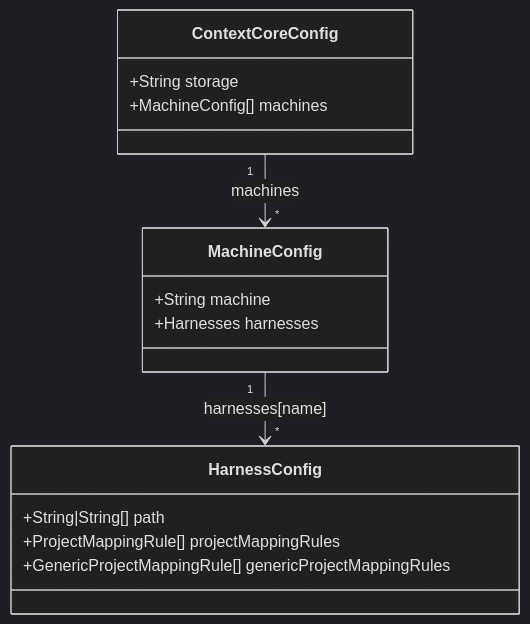
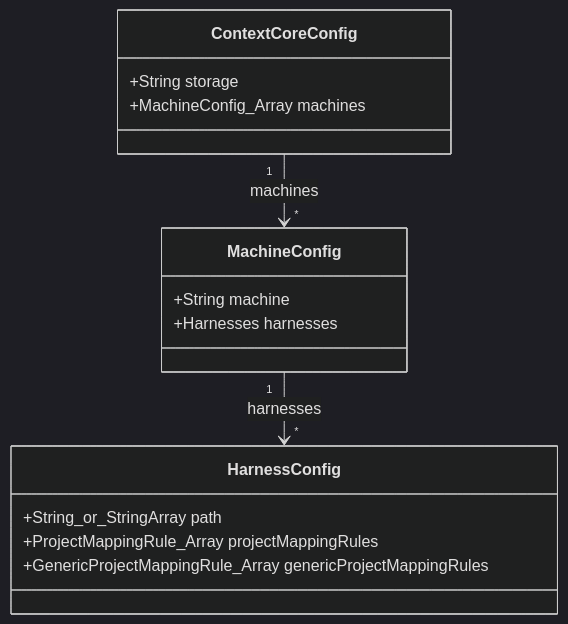
One commit to Kyliathy/context-core changed diagram 11 of 17 in server/zz-reach2/architecture/archi-context-core-level0.md. Above: the diagram before and after it, drawn with Mermaid (dark theme). The commit also changed other lines of this file and 2 other files, not shown here.

Commit message:
fix: search results now cleared on change view docs: updated readme with roadmap

````diff
--- a/server/zz-reach2/architecture/archi-context-core-level0.md
+++ b/server/zz-reach2/architecture/archi-context-core-level0.md
@@ -392,21 +392,21 @@
 ```mermaid
 classDiagram
     class ContextCoreConfig {
         +String storage
-        +MachineConfig[] machines
+        +MachineConfig_Array machines
     }
 
     class MachineConfig {
         +String machine
         +Harnesses harnesses
     }
 
     class HarnessConfig {
-        +String|String[] path
-        +ProjectMappingRule[] projectMappingRules
-        +GenericProjectMappingRule[] genericProjectMappingRules
+        +String_or_StringArray path
+        +ProjectMappingRule_Array projectMappingRules
+        +GenericProjectMappingRule_Array genericProjectMappingRules
     }
 
     ContextCoreConfig "1" --> "*" MachineConfig : machines
-    MachineConfig "1" --> "*" HarnessConfig : harnesses[name]
+    MachineConfig "1" --> "*" HarnessConfig : harnesses
 ```
````
